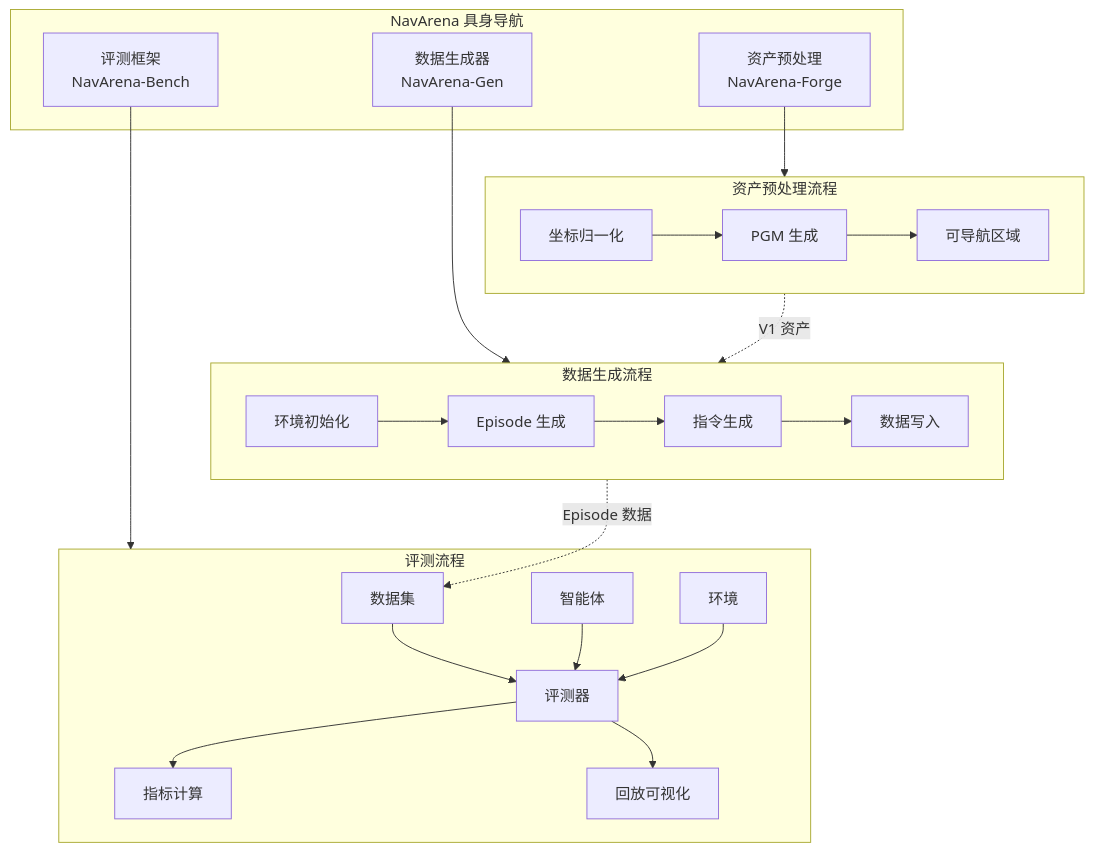
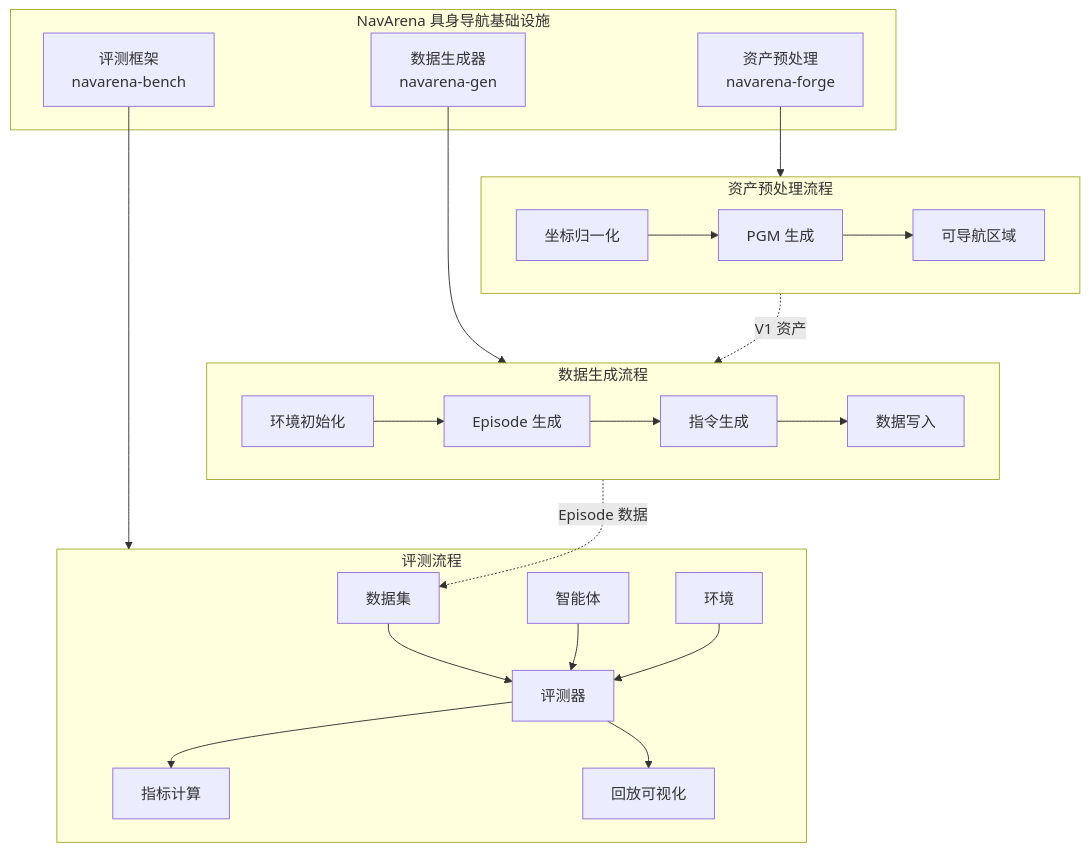
Before and after one commit to EI-Nav/NavArena-Doc: the diagram in docs/zh/index.md, drawn with Mermaid. The commit also changed other lines of this file and 39 other files, not shown here.

````diff
--- a/docs/zh/index.md
+++ b/docs/zh/index.md
@@ -66,37 +67,37 @@
 ```mermaid
 graph TB
-    subgraph NavArena[NavArena 具身导航]
-        AP[资产预处理<br/>NavArena-Forge]
-        DG[数据生成器<br/>NavArena-Gen]
-        EF[评测框架<br/>NavArena-Bench]
+    subgraph NavArena[NavArena 具身导航基础设施]
+        AP[资产预处理<br/>navarena-forge]
+        DG[数据生成器<br/>navarena-gen]
+        EF[评测框架<br/>navarena-bench]
     end
     
     subgraph AP_Flow[资产预处理流程]
         A1[坐标归一化]
         A2[PGM 生成]
         A3[可导航区域]
         A1 --> A2 --> A3
     end
     
     subgraph DG_Flow[数据生成流程]
         D1[环境初始化]
         D2[Episode 生成]
         D3[指令生成]
         D4[数据写入]
         D1 --> D2 --> D3 --> D4
     end
     
     subgraph EF_Flow[评测流程]
         Dataset[数据集] --> Eval[评测器]
         Agent[智能体] --> Eval
         Env[环境] --> Eval
         Eval --> Metrics[指标计算]
         Eval --> Replay[回放可视化]
     end
     
     AP --> AP_Flow
     DG --> DG_Flow
     EF --> EF_Flow
     AP_Flow -.V1 资产.-> DG_Flow
     DG_Flow -.Episode 数据.-> Dataset
 ```
````
